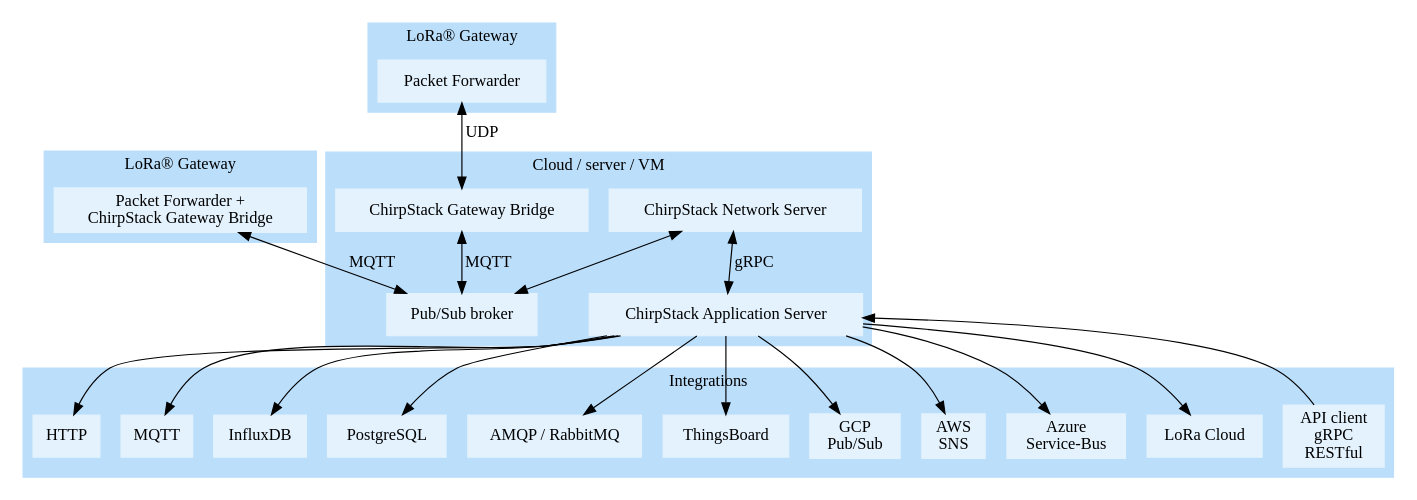
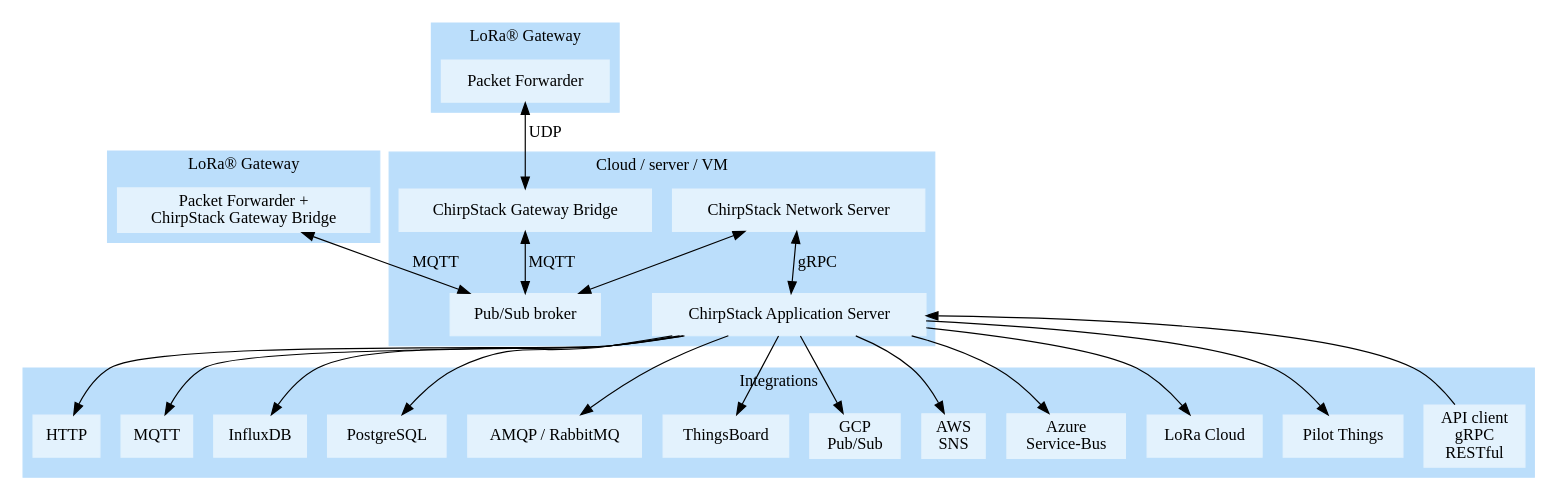
Before and after one commit to brocaar/chirpstack-docs: the diagram in docs/static/img/graphs/architecture.dot, drawn with Graphviz. The commit also changed 4 other files, not shown here.

Commit message:
Add Pilot Things integration docs (#30)

```diff
--- a/docs/static/img/graphs/architecture.dot
+++ b/docs/static/img/graphs/architecture.dot
@@ -1,75 +1,77 @@
 digraph G {
 	node [shape=record];
 	
 
 	subgraph cluster_0 {
 		style=filled;
 		color="#bbdefb";
 		node [style=filled,color="#e3f2fd"];
 
 		"chirpstack-network-server" -> "pub-sub" [dir="both"];
 		"chirpstack-network-server" -> "chirpstack-application-server" [dir="both",label="gRPC"];
 		"chirpstack-gateway-bridge-cloud" -> "pub-sub" [dir="both" label="MQTT"];
 
 		"chirpstack-network-server" [label="ChirpStack Network Server"];
 		"pub-sub" [label="Pub/Sub broker"];
 		"chirpstack-application-server" [label="ChirpStack Application Server"];
 		"chirpstack-gateway-bridge-cloud" [label="ChirpStack Gateway Bridge"];
 
 		label = "Cloud / server / VM";
 	}
 
 	subgraph cluster_1 {
 		style=filled;
 		color="#bbdefb";
 		node [style=filled,color="#e3f2fd"];
 		label="LoRa&reg; Gateway";
 
 		"chirpstack-gateway-bridge-gw" -> "pub-sub" [label="MQTT",dir="both"];
 		"chirpstack-gateway-bridge-gw" [label="Packet Forwarder +\nChirpStack Gateway Bridge"];
 	}
 
 
 	subgraph cluster_2 {
 		style=filled;
 		color="#bbdefb";
 		node [style=filled,color="#e3f2fd"];
 		label="LoRa&reg; Gateway";
 
 		"packet-forwarder-gw2" -> "chirpstack-gateway-bridge-cloud" [label="UDP",dir="both"];
 		"packet-forwarder-gw2" [label="Packet Forwarder"];
 	}
 
 	subgraph cluster_3 {
 		style=filled;
 		color="#bbdefb";
 		node [style=filled,color="#e3f2fd"];
 		label="Integrations";
 
 		"http-int" [label="HTTP"];
 		"mqtt-int" [label="MQTT"];
 		"influxdb-int" [label="InfluxDB"];
 		"postgresql-int" [label="PostgreSQL"];
 		"amqp" [label="AMQP / RabbitMQ"];
 		"thigsboard" [label="ThingsBoard"];
 		"gcp-pubsub-int" [label="GCP\nPub/Sub"];
 		"aws-sns-int" [label="AWS\nSNS"];
 		"azure-service-bus-int" [label="Azure\nService-Bus"];
 		"loracloud" [label="LoRa Cloud"];
+		"pilot-things" [label="Pilot Things"];
 		"as-api-client" [label="API client\ngRPC\nRESTful"];
 	}
 
 
 	"chirpstack-application-server" -> "http-int";
 	"chirpstack-application-server" -> "mqtt-int";
 	"chirpstack-application-server" -> "gcp-pubsub-int";
 	"chirpstack-application-server" -> "aws-sns-int";
 	"chirpstack-application-server" -> "azure-service-bus-int";
 	"chirpstack-application-server" -> "influxdb-int";
 	"chirpstack-application-server" -> "loracloud";
 	"chirpstack-application-server" -> "postgresql-int";
 	"chirpstack-application-server" -> "thigsboard";
 	"chirpstack-application-server" -> "amqp";
+	"chirpstack-application-server" -> "pilot-things";
 
 	"as-api-client" -> "chirpstack-application-server";
 }
```
